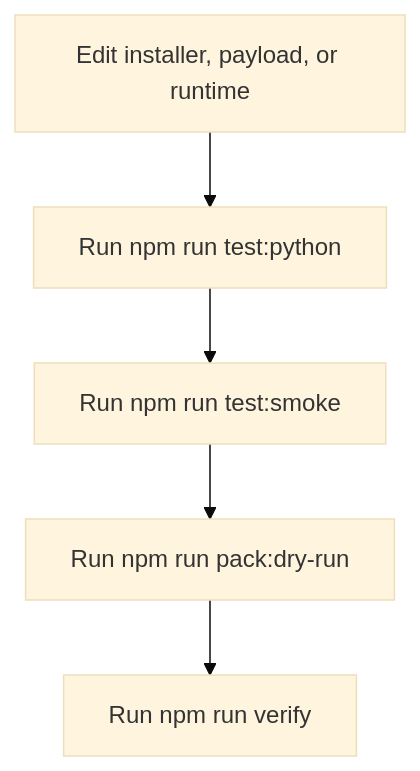
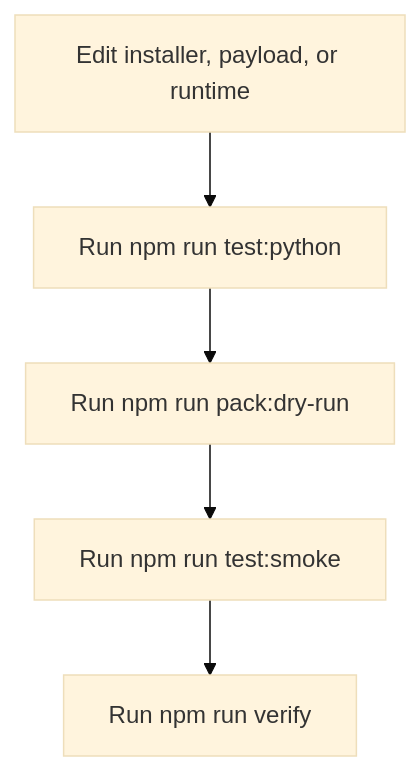
One commit to bma-d/bmad-story-automator changed the diagram in docs/development.md. Above: the diagram before and after it, drawn with Mermaid (base theme). The commit also changed 16 other files, not shown here.

````diff
--- a/docs/development.md
+++ b/docs/development.md
@@ -34,7 +34,7 @@
 ```mermaid
 flowchart TD
     A["Edit installer, payload, or runtime"] --> B["Run npm run test:python"]
-    B --> C["Run npm run test:smoke"]
-    C --> D["Run npm run pack:dry-run"]
+    B --> C["Run npm run pack:dry-run"]
+    C --> D["Run npm run test:smoke"]
     D --> E["Run npm run verify"]
 ```
````
